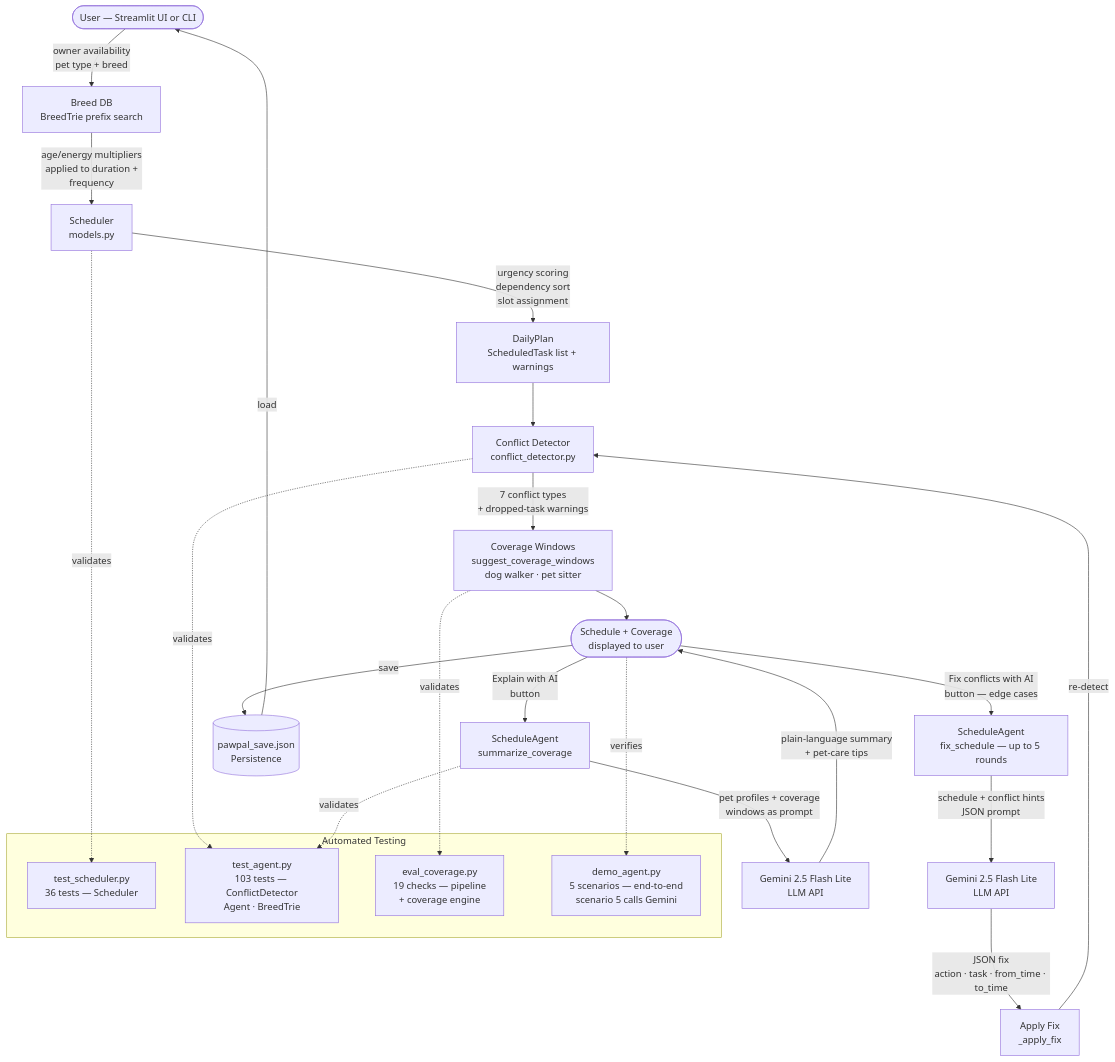
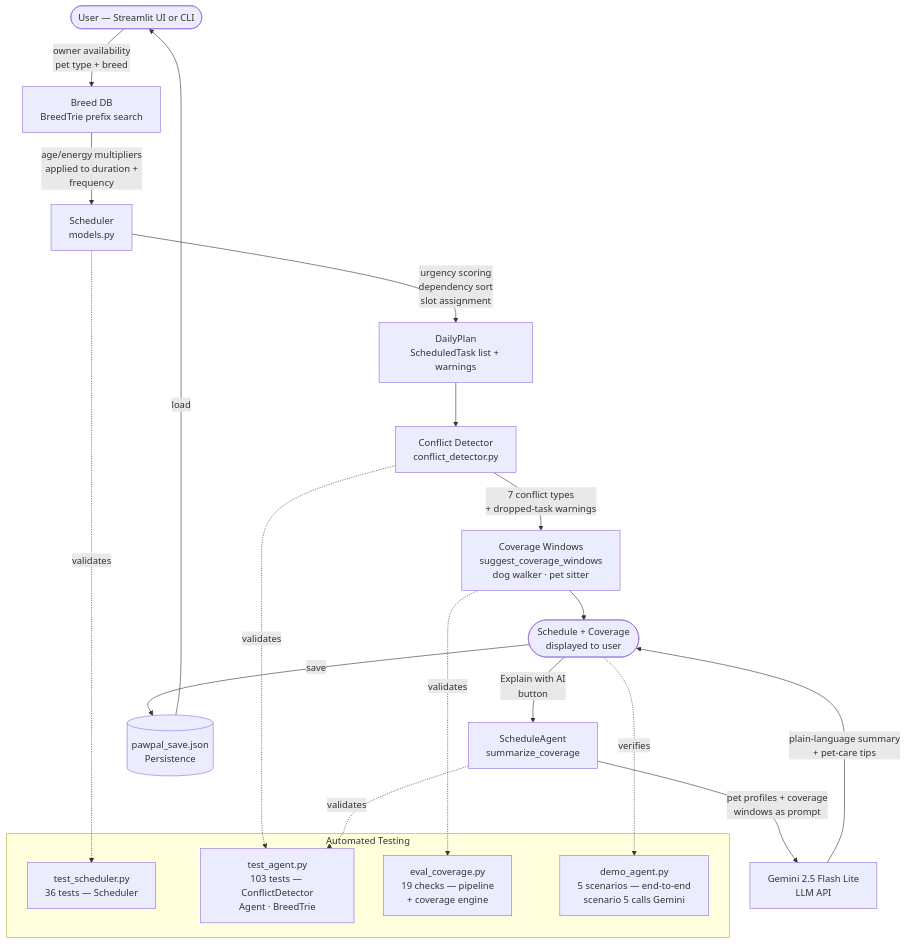
Before and after one commit to serena42/pawpal-applied-ai-final: the diagram in README.md, drawn with Mermaid. The commit also changed other lines of this file and 7 other files, not shown here.

````diff
--- a/README.md
+++ b/README.md
@@ -43,41 +42,36 @@
 ```mermaid
 flowchart TD
     A([User — Streamlit UI or CLI]) -->|owner availability\npet type + breed| B
 
     B[Breed DB\nBreedTrie prefix search] -->|age/energy multipliers\napplied to duration +\nfrequency| C
 
     C[Scheduler\nmodels.py] -->|urgency scoring\ndependency sort\nslot assignment| D
 
     D[DailyPlan\nScheduledTask list + warnings] --> E
 
     E[Conflict Detector\nconflict_detector.py] -->|7 conflict types\n+ dropped-task warnings| F
 
     F[Coverage Windows\nsuggest_coverage_windows\ndog walker · pet sitter] --> G
 
     G([Schedule + Coverage\ndisplayed to user])
 
     G -->|Explain with AI\nbutton| H[ScheduleAgent\nsummarize_coverage]
     H -->|pet profiles + coverage\nwindows as prompt| I1[Gemini 2.5 Flash Lite\nLLM API]
     I1 -->|plain-language summary\n+ pet-care tips| G
 
-    G -->|Fix conflicts with AI\nbutton — edge cases| J[ScheduleAgent\nfix_schedule — up to 5 rounds]
-    J -->|schedule + conflict hints\nJSON prompt| I2[Gemini 2.5 Flash Lite\nLLM API]
-    I2 -->|JSON fix\naction · task · from_time · to_time| K[Apply Fix\n_apply_fix]
-    K -->|re-detect| E
-
     G -->|save| L[(pawpal_save.json\nPersistence)]
     L -->|load| A
 
     subgraph Testing ["Automated Testing"]
         T1[test_scheduler.py\n36 tests — Scheduler]
         T2[test_agent.py\n103 tests — ConflictDetector\nAgent · BreedTrie]
         T3[eval_coverage.py\n19 checks — pipeline\n+ coverage engine]
         T4[demo_agent.py\n5 scenarios — end-to-end\nscenario 5 calls Gemini]
     end
 
     C -.->|validates| T1
     E -.->|validates| T2
     H -.->|validates| T2
     F -.->|validates| T3
     G -.->|verifies| T4
 ```
````
